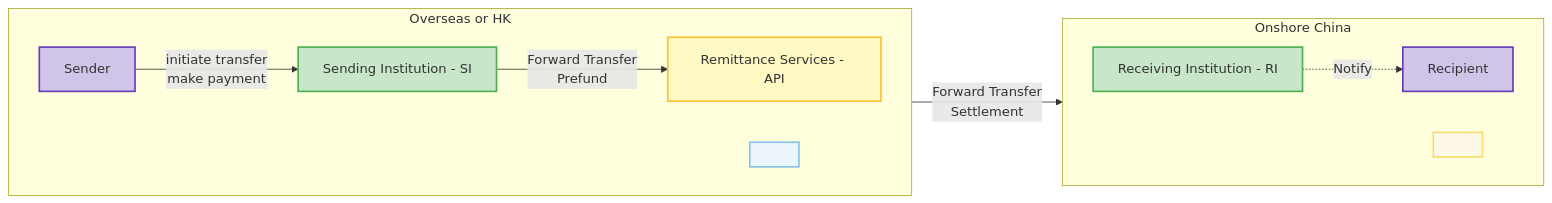
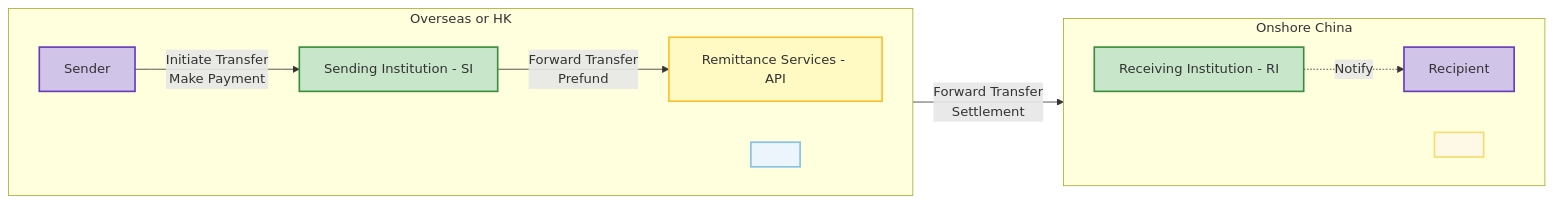
One commit to blaire101/data-warehouse-solutions changed the first of 2 diagrams in README.md. Above: the diagram before and after it, drawn with Mermaid.

````diff
--- a/README.md
+++ b/README.md
@@ -23,41 +23,36 @@
 ```mermaid
 flowchart LR
-    %% Style definitions
-    classDef user fill:#D1C4E9,stroke:#673AB7,stroke-width:2px;
-    classDef product fill:#C8E6C9,stroke:#4CAF50,stroke-width:2px;
-    classDef infra fill:#FFF9C4,stroke:#FBC02D,stroke-width:2px;
 
-    %% Subgraph specific styles for cleaner backgrounds
-    classDef boxOverseas fill:#EBF5FB,stroke:#85C1E9,stroke-width:2px;
-    classDef boxDomestic fill:#FEF9E7,stroke:#F7DC6F,stroke-width:2px;
+%% Node styles
+classDef user fill:#D1C4E9,stroke:#673AB7,stroke-width:2px;
+classDef product fill:#C8E6C9,stroke:#388E3C,stroke-width:2px;
+classDef infra fill:#FFF9C4,stroke:#FBC02D,stroke-width:2px;
 
-    %% Actual nodes
-    Sender["Sender"]:::user
-    SI["Sending Institution - SI"]:::product
-    API["Remittance Services - API"]:::infra
+%% Subgraph box background
+classDef boxOverseas fill:#EBF5FB,stroke:#85C1E9,stroke-width:2px;
+classDef boxDomestic fill:#FEF9E7,stroke:#F7DC6F,stroke-width:2px;
 
-    RI["Receiving Institution - RI"]:::product
-    Recipient["Recipient"]:::user
+%% Nodes
+Sender["Sender"]:::user
+SI["Sending Institution - SI"]:::product
+API["Remittance Services - API"]:::infra
 
-    %% Flow lines
-    Sender -->|initiate transfer <br> make payment| SI
-    SI -->|Forward Transfer <br> Prefund | API
-    API -->|Forward Transfer <br> Settlement| RI
-    RI -.->| Notify| Recipient
+RI["Receiving Institution - RI"]:::product
+Recipient["Recipient"]:::user
 
-    %% Invisible bounding boxes for region grouping
-    subgraph Overseas [Overseas or HK]
-        direction LR
-        O1[ ]:::boxOverseas
-        Sender
-        SI
-        API
-    end
+%% Overseas group
+subgraph "Overseas or HK"
+  direction LR
+  dummy1[ ]:::boxOverseas
+  Sender -->|Initiate Transfer<br>Make Payment| SI
+  SI -->|Forward Transfer<br>Prefund| API
+end
 
-    subgraph "Onshore China"
-        direction LR
-        D1[ ]:::boxDomestic
-        RI
-        Recipient
-    end 
+%% Onshore China group
+subgraph "Onshore China"
+  direction LR
+  dummy2[ ]:::boxDomestic
+  API -->|Forward Transfer<br>Settlement| RI
+  RI -.->|Notify| Recipient
+end
 ```
````
